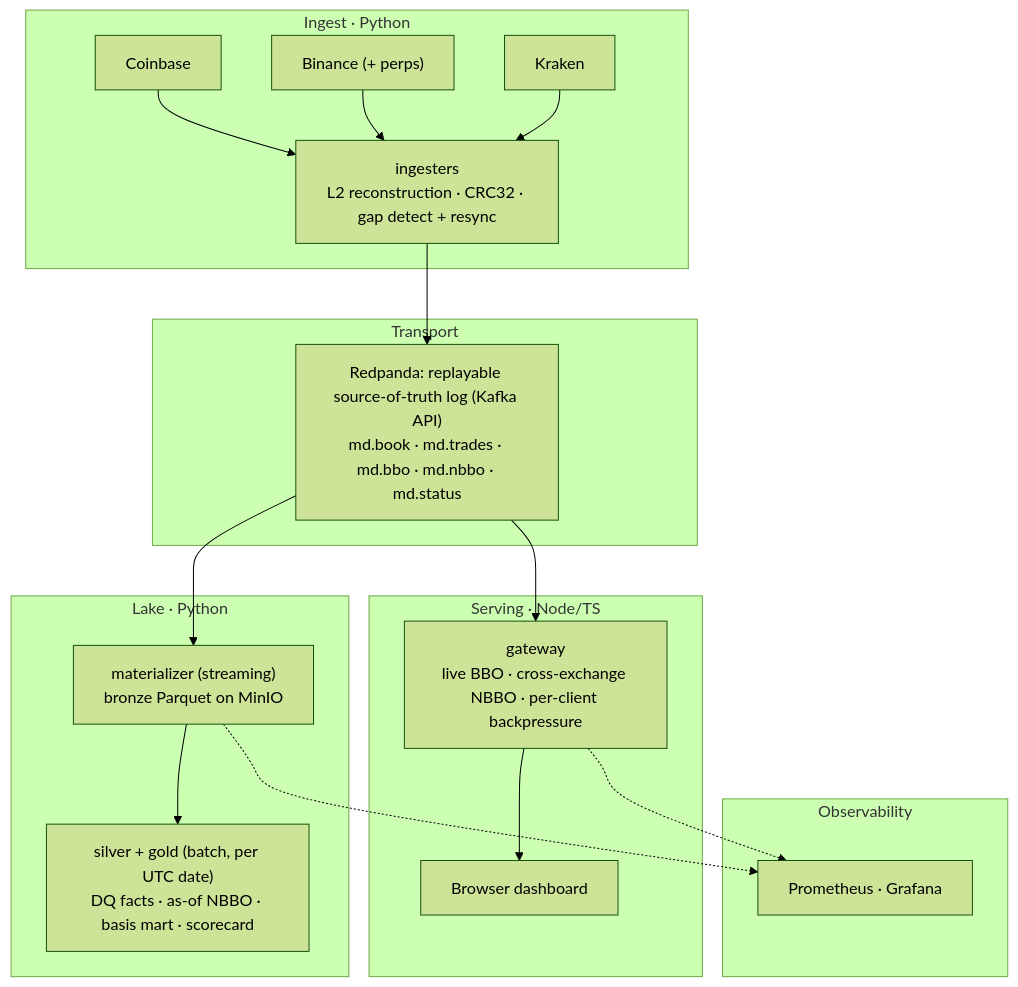
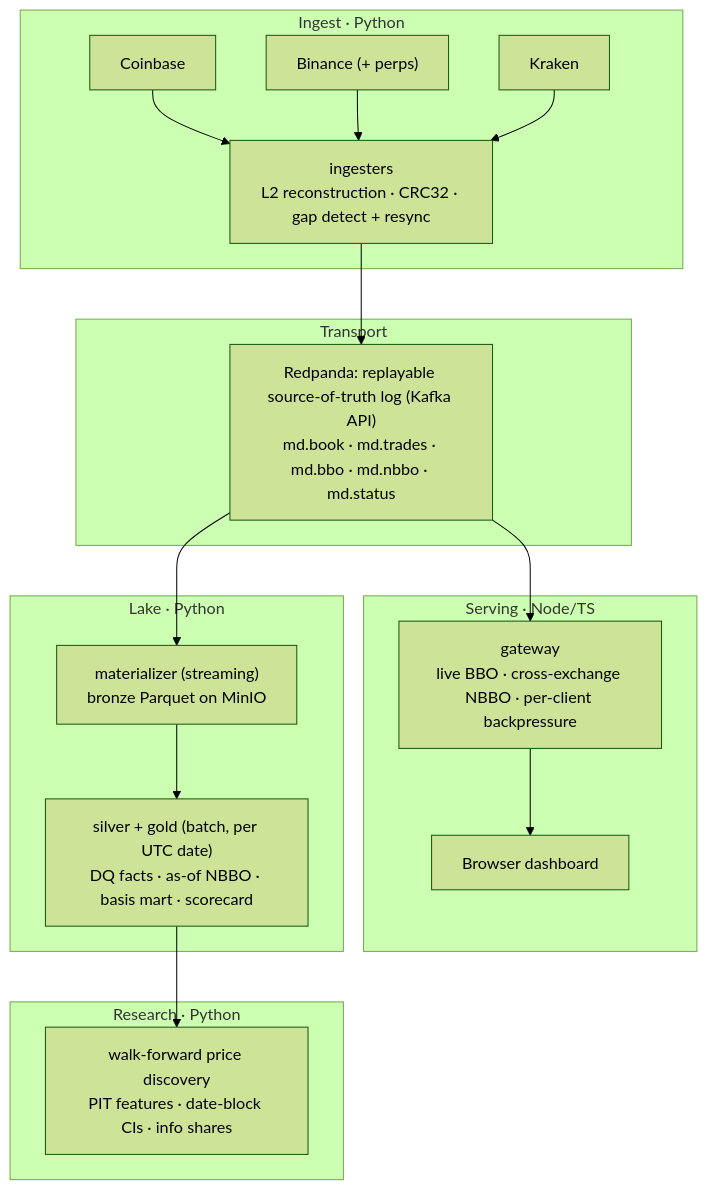
The first of 2 diagrams in README.md (ryanp2718/crosstick), drawn with Mermaid (forest theme) before and after one commit. The commit also changed other lines of this file, not shown here.

First line of the commit message:
docs: draw the metrics plane separately and record the research layer

````diff
--- a/README.md
+++ b/README.md
@@ -49,33 +51,32 @@
 ```mermaid
 flowchart TD
     subgraph ingest["Ingest · Python"]
         CB[Coinbase]
         BN["Binance (+ perps)"]
         KR[Kraken]
         ING["ingesters<br/>L2 reconstruction · CRC32 · gap detect + resync"]
         CB --> ING
         BN --> ING
         KR --> ING
     end
     subgraph transport["Transport"]
         RP["Redpanda: replayable source-of-truth log (Kafka API)<br/>md.book · md.trades · md.bbo · md.nbbo · md.status"]
     end
     subgraph serving["Serving · Node/TS"]
         GW["gateway<br/>live BBO · cross-exchange NBBO · per-client backpressure"]
         DASH[Browser dashboard]
         GW --> DASH
     end
     subgraph lake["Lake · Python"]
         MAT["materializer (streaming)<br/>bronze Parquet on MinIO"]
         SG["silver + gold (batch, per UTC date)<br/>DQ facts · as-of NBBO · basis mart · scorecard"]
         MAT --> SG
     end
-    subgraph obs["Observability"]
-        OBS["Prometheus · Grafana"]
+    subgraph research["Research · Python"]
+        RES["walk-forward price discovery<br/>PIT features · date-block CIs · info shares"]
     end
     ING --> RP
     RP --> GW
     RP --> MAT
-    GW -.-> OBS
-    MAT -.-> OBS
+    SG --> RES
 ```
````
